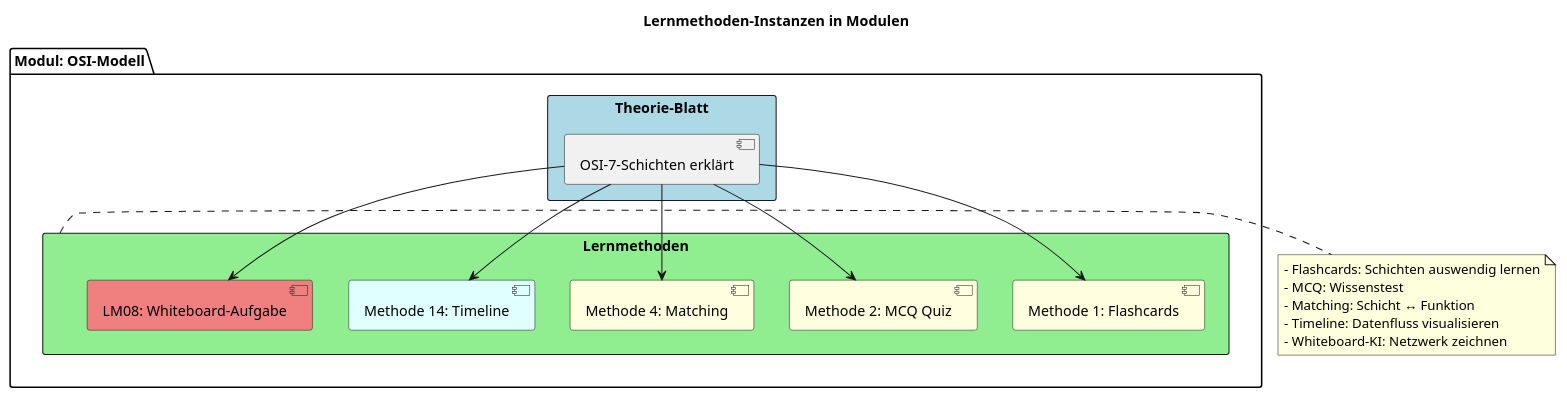
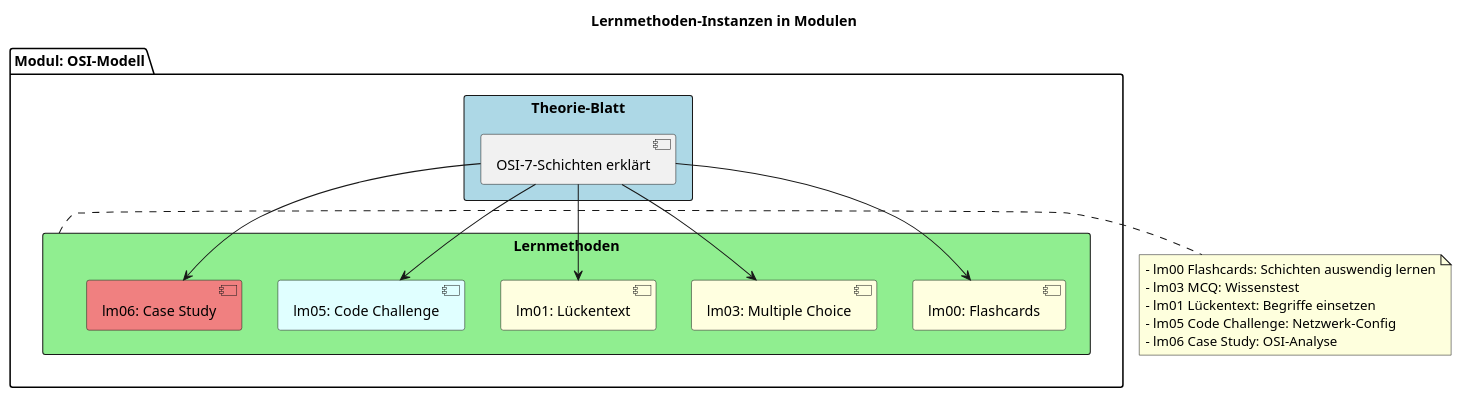
One commit to flokflok1/lernseite changed the eighth of 17 diagrams in LernsystemX-Doku/01_Core/04_Kurs-Architektur.md. Above: the diagram before and after it, drawn with PlantUML. The commit also changed other lines of this file and 74 other files, not shown here.

Commit message:
docs: align architecture (LM vs SF vs Runner) + panel migration

````diff
--- a/LernsystemX-Doku/01_Core/04_Kurs-Architektur.md
+++ b/LernsystemX-Doku/01_Core/04_Kurs-Architektur.md
@@ -603,34 +603,34 @@
 ```plantuml
 @startuml
 title Lernmethoden-Instanzen in Modulen
 
 package "Modul: OSI-Modell" {
   rectangle "Theorie-Blatt" #LightBlue {
     [OSI-7-Schichten erklärt]
   }
 
   rectangle "Lernmethoden" #LightGreen {
-    [Methode 1: Flashcards] #LightYellow
-    [Methode 2: MCQ Quiz] #LightYellow
-    [Methode 4: Matching] #LightYellow
-    [Methode 14: Timeline] #LightCyan
-    [LM08: Whiteboard-Aufgabe] #LightCoral
+    [lm00: Flashcards] #LightYellow
+    [lm03: Multiple Choice] #LightYellow
+    [lm01: Lückentext] #LightYellow
+    [lm05: Code Challenge] #LightCyan
+    [lm06: Case Study] #LightCoral
   }
 }
 
-[OSI-7-Schichten erklärt] --> [Methode 1: Flashcards]
-[OSI-7-Schichten erklärt] --> [Methode 2: MCQ Quiz]
-[OSI-7-Schichten erklärt] --> [Methode 4: Matching]
-[OSI-7-Schichten erklärt] --> [Methode 14: Timeline]
-[OSI-7-Schichten erklärt] --> [LM08: Whiteboard-Aufgabe]
+[OSI-7-Schichten erklärt] --> [lm00: Flashcards]
+[OSI-7-Schichten erklärt] --> [lm03: Multiple Choice]
+[OSI-7-Schichten erklärt] --> [lm01: Lückentext]
+[OSI-7-Schichten erklärt] --> [lm05: Code Challenge]
+[OSI-7-Schichten erklärt] --> [lm06: Case Study]
 
 note right of "Lernmethoden"
-  - Flashcards: Schichten auswendig lernen
-  - MCQ: Wissenstest
-  - Matching: Schicht ↔ Funktion
-  - Timeline: Datenfluss visualisieren
-  - Whiteboard-KI: Netzwerk zeichnen
+  - lm00 Flashcards: Schichten auswendig lernen
+  - lm03 MCQ: Wissenstest
+  - lm01 Lückentext: Begriffe einsetzen
+  - lm05 Code Challenge: Netzwerk-Config
+  - lm06 Case Study: OSI-Analyse
 end note
 
 @enduml
 ```
````
